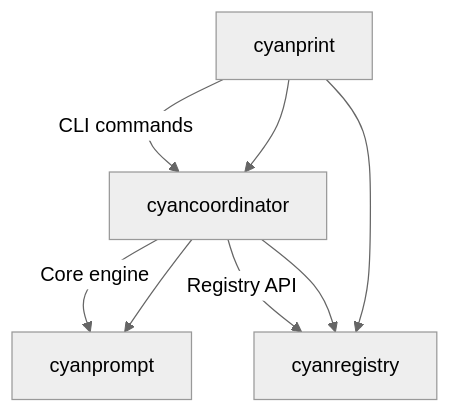
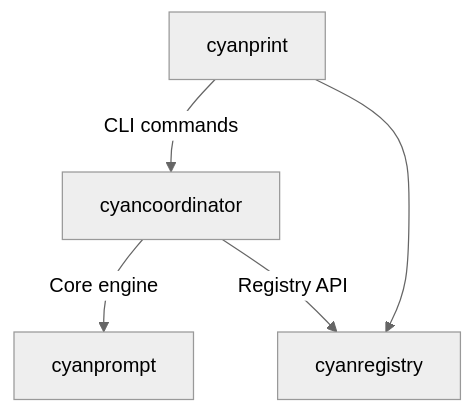
Before and after one commit to AtomiCloud/sulfone.iridium: the third of 5 diagrams in docs/developer/02-architecture.md, drawn with Mermaid (neutral theme). The commit also changed 3 other files, not shown here.

````diff
--- a/docs/developer/02-architecture.md
+++ b/docs/developer/02-architecture.md
@@ -127,12 +127,8 @@
 ```mermaid
 flowchart TD
-    CP[cyanprint] --> CC[cyancoordinator]
+    CP[cyanprint] -->|CLI commands| CC[cyancoordinator]
     CP --> CR[cyanregistry]
 
-    CC --> CPROM[cyanprompt]
-    CC --> CR
-
-    CP -->|CLI commands| CC
-    CC -->|Core engine| CPROM
+    CC -->|Core engine| CPROM[cyanprompt]
     CC -->|Registry API| CR
 ```
````
